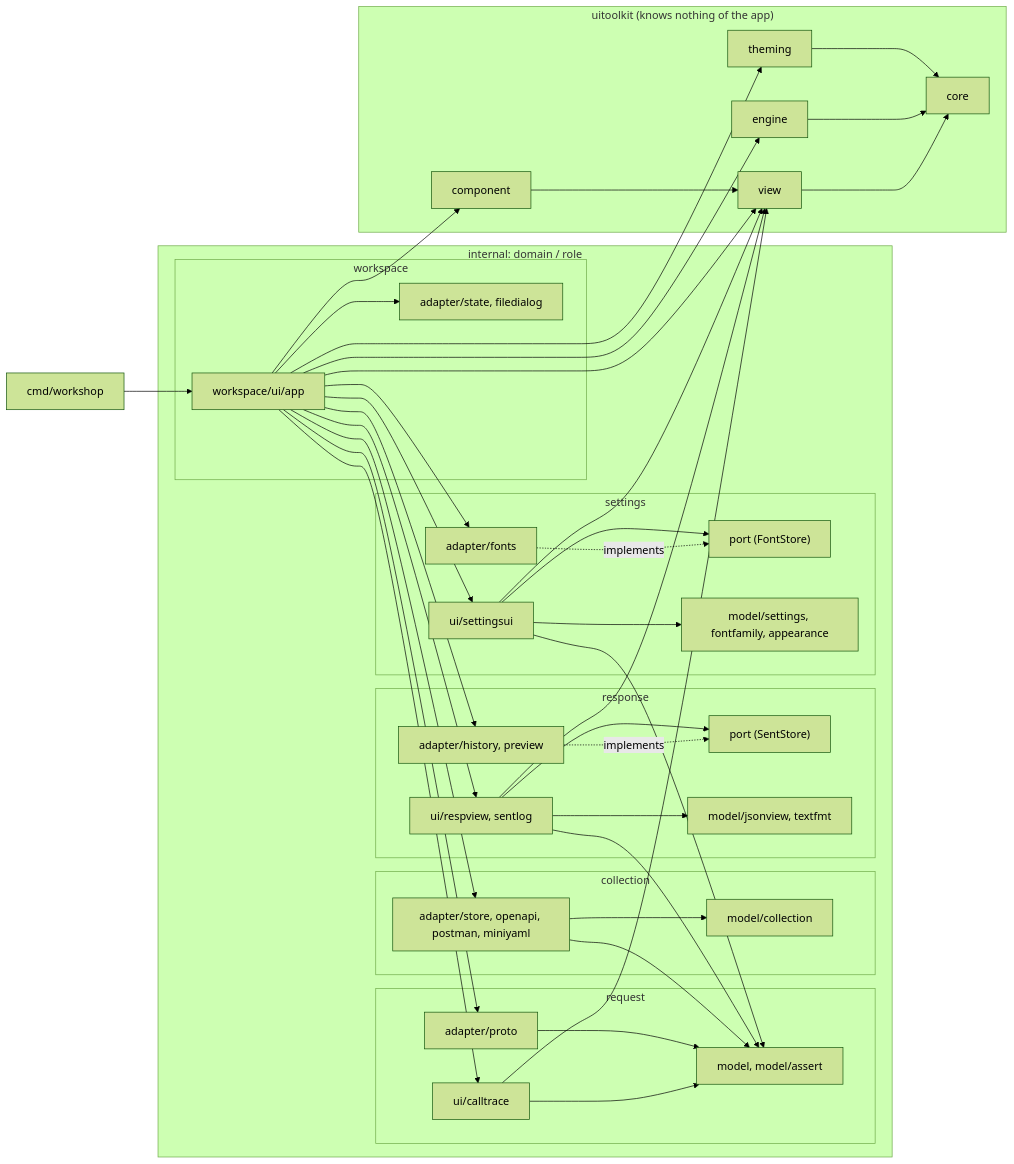
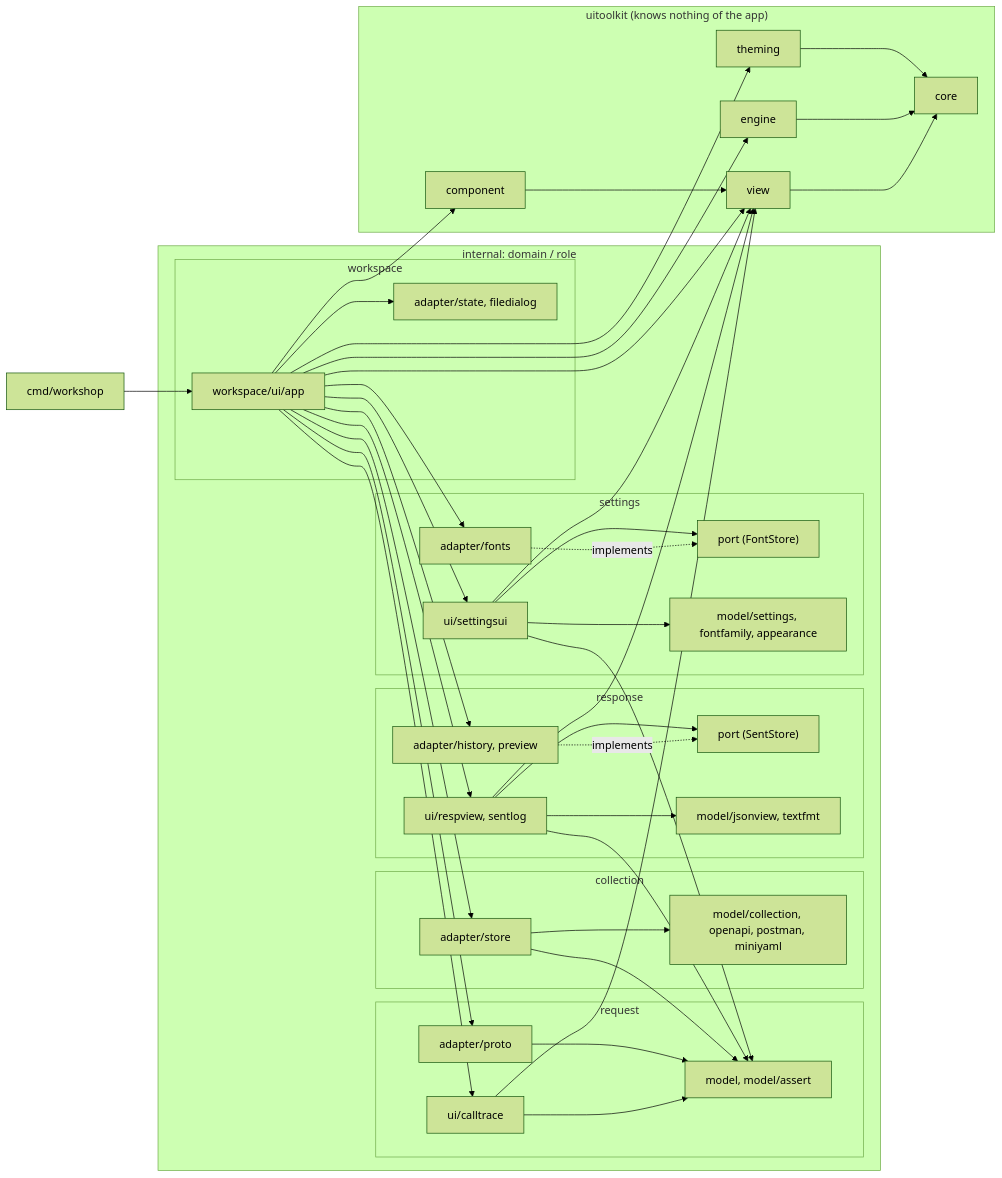
Before and after one commit to gascoigne-ai/gascoigne-workshop: the diagram in .harness/architecture.md, drawn with Mermaid (forest theme). The commit also changed other lines of this file and 21 other files, not shown here.

First line of the commit message:
refactor(collection): importers are model packages; Store is a port

````diff
--- a/.harness/architecture.md
+++ b/.harness/architecture.md
@@ -5,48 +5,48 @@
 ```mermaid
 flowchart LR
   cmd["cmd/workshop"] --> app["workspace/ui/app"]
   subgraph domains["internal: domain / role"]
     subgraph request
       rui["ui/calltrace"]
       rad["adapter/proto"]
       rmod["model, model/assert"]
     end
     subgraph collection
-      cad["adapter/store, openapi, postman, miniyaml"]
-      cmod["model/collection"]
+      cad["adapter/store"]
+      cmod["model/collection, openapi, postman, miniyaml"]
     end
     subgraph response
       sui["ui/respview, sentlog"]
       sport["port (SentStore)"]
       sad["adapter/history, preview"]
       smod["model/jsonview, textfmt"]
     end
     subgraph settings
       tui["ui/settingsui"]
       tport["port (FontStore)"]
       tad["adapter/fonts"]
       tmod["model/settings, fontfamily, appearance"]
     end
     subgraph workspace
       app
       wad["adapter/state, filedialog"]
     end
   end
   app --> rui & rad & cad & sui & sad & tui & tad & wad
   rui & rad & cad & sui & tui --> rmod
   sad -. implements .-> sport
   sui --> sport
   tad -. implements .-> tport
   tui --> tport
   tui --> tmod
   cad --> cmod
   sui --> smod
   subgraph toolkit["uitoolkit (knows nothing of the app)"]
     component["component"] --> view["view"]
     view --> core["core"]
     engine["engine"] --> core
     theming["theming"] --> core
   end
   app --> component & view & engine & theming
   rui & sui & tui --> view
 ```
````
